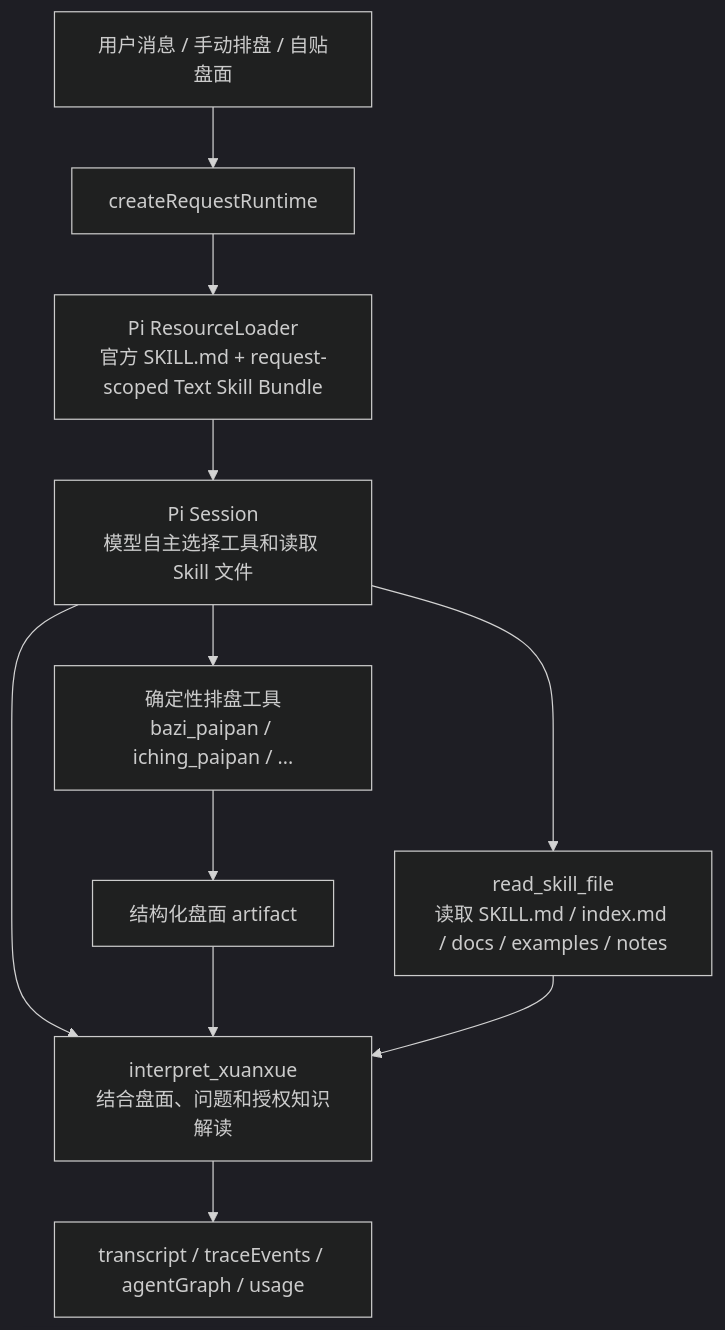
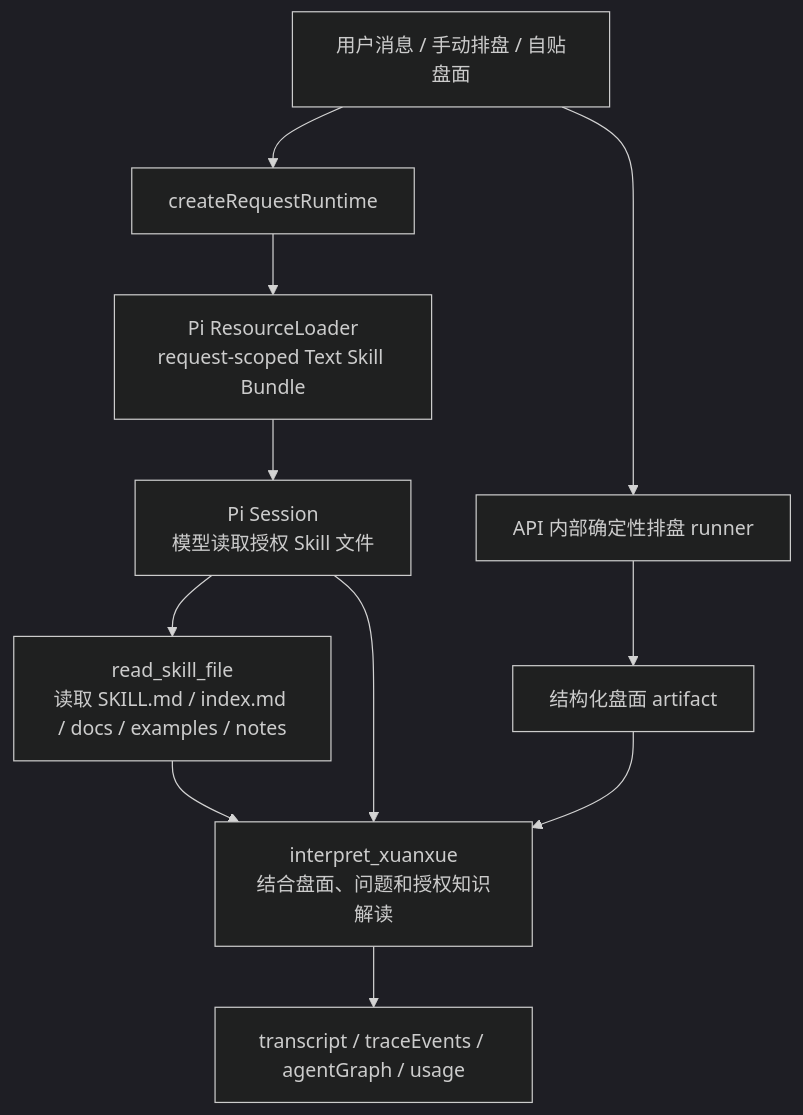
The second of 3 diagrams in README.md (Coaixy/FateClaw), drawn with Mermaid (dark theme) before and after one commit. The commit also changed other lines of this file and 54 other files, not shown here.

First line of the commit message:
Migrate system paipan into API

````diff
--- a/README.md
+++ b/README.md
@@ -84,13 +84,13 @@
 ```mermaid
 flowchart TD
   UserMsg["用户消息 / 手动排盘 / 自贴盘面"] --> Runtime["createRequestRuntime"]
-  Runtime --> Loader["Pi ResourceLoader<br/>官方 SKILL.md + request-scoped Text Skill Bundle"]
-  Loader --> Session["Pi Session<br/>模型自主选择工具和读取 Skill 文件"]
-  Session --> Board["确定性排盘工具<br/>bazi_paipan / iching_paipan / ..."]
+  Runtime --> Loader["Pi ResourceLoader<br/>request-scoped Text Skill Bundle"]
+  Loader --> Session["Pi Session<br/>模型读取授权 Skill 文件"]
+  UserMsg --> Board["API 内部确定性排盘 runner"]
   Session --> ReadSkill["read_skill_file<br/>读取 SKILL.md / index.md / docs / examples / notes"]
   Session --> Interpret["interpret_xuanxue<br/>结合盘面、问题和授权知识解读"]
   Board --> Artifact["结构化盘面 artifact"]
   Artifact --> Interpret
   Interpret --> Trace["transcript / traceEvents / agentGraph / usage"]
   ReadSkill --> Interpret
 ```
````
